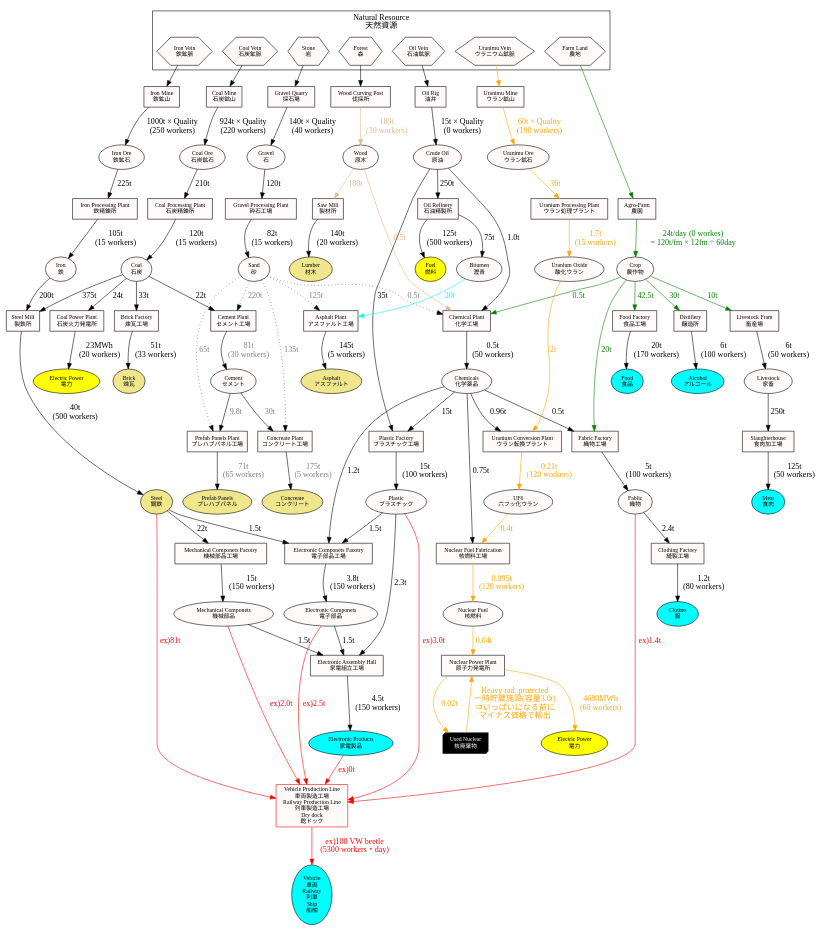
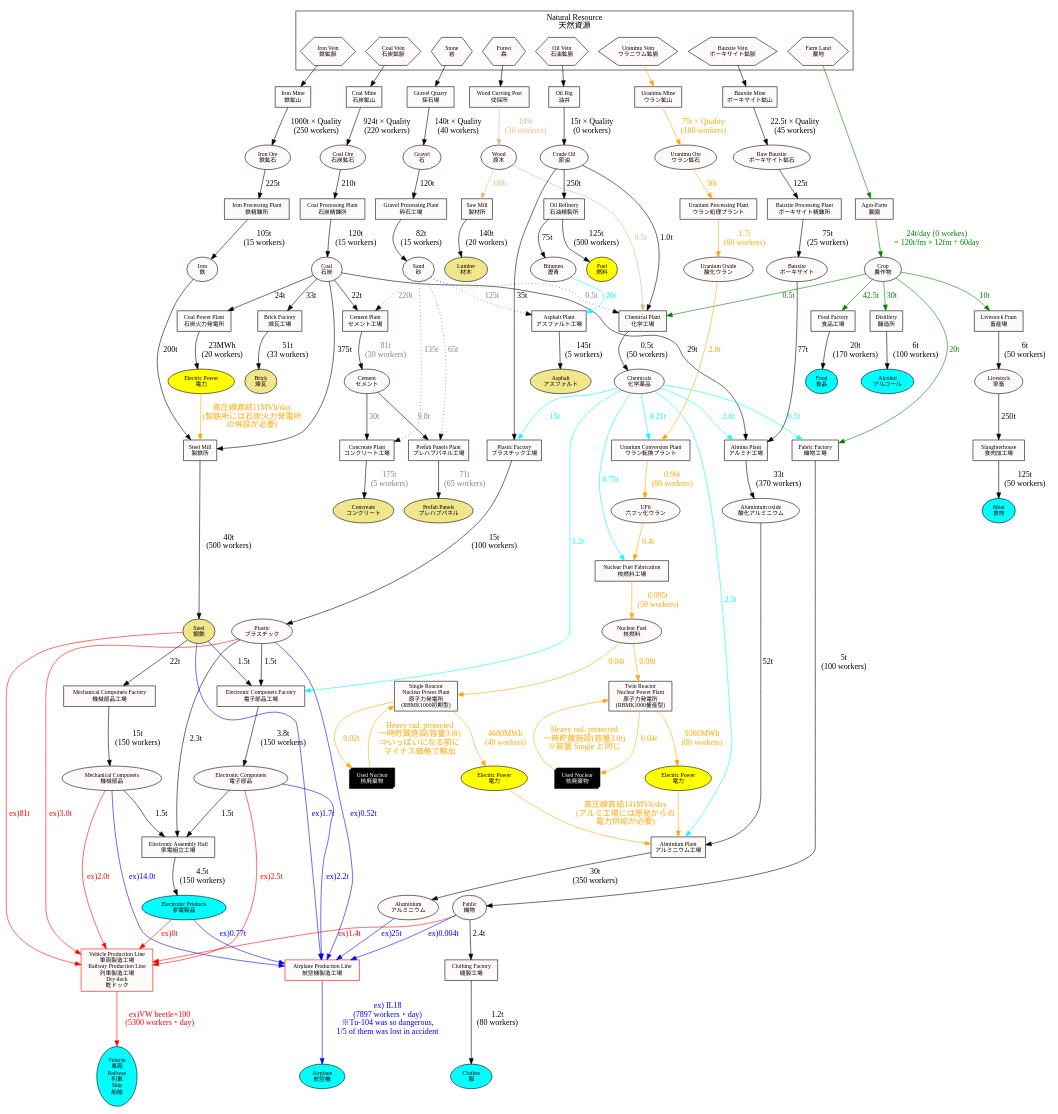
Before and after one commit to kagyuu/W-R_SovietRepublic: the diagram in resource.gv, drawn with Graphviz. The commit also changed 2 other files, not shown here.

Commit message:
Add Aluminium & Aerospace Industry resource tree

```diff
--- a/resource.gv
+++ b/resource.gv
@@ -10,6 +10,7 @@
         oV [label="Oil Vein\n石油鉱脈",shape="hexagon"]
         uV [label="Uranimu Vein\nウラニウム鉱脈",shape="hexagon"]
         farmland [label="Farm Land\n農地",shape="hexagon"]
+        bV [label="Bauxite Vein\nボーキサイト鉱脈",shape="hexagon"]
     }
 
     wc [label="Wood Curving Post\n伐採所", shape="box"]
@@ -93,7 +94,7 @@
 
     plasticP [label="Plastic Factory\nブラスチック工場", shape="box"]
     plastic  [label="Plastic\nブラスチック", shaple="oval"]
-    chem -> plasticP [label="15t"]
+    chem -> plasticP [color="cyan",fontcolor="cyan",label="15t"]
     oil -> plasticP [label="35t"]
     plasticP -> plastic [label="15t\n(100 workers)"]
 
@@ -105,7 +106,7 @@
     elecFactory [label="Electronic Componets Facotry\n電子部品工場", shape="box"]
     elecComponent [label="Electronic Componets\n電子部品", shape="oval"]
 
-    chem -> elecFactory [label="1.2t"]
+    chem -> elecFactory [color="cyan",fontcolor="cyan",label="1.2t"]
     plastic -> elecFactory [label="1.5t"]
     steel -> elecFactory [label="1.5t"]
     elecFactory -> elecComponent [label="3.8t\n(150 workers)"]
@@ -123,7 +124,7 @@
     cF [label="Clothing Factory\n縫製工場", shape="box"]
     clothes [label="Clothes\n服", shape="oval",fillcolor="cyan"]
     crop -> fF [color="green",fontcolor="green",label="20t"]
-    chem -> fF [label="0.5t"] 
+    chem -> fF [color="cyan",fontcolor="cyan",label="0.5t"] 
     fF -> fabric [label="5t\n(100 workers)"]
     fabric -> cF [label="2.4t"] 
     cF -> clothes [label="1.2t\n(80 workers)"]
@@ -185,7 +186,7 @@
         elecProducts -> vehicleP [label="ex)0t"]
         fabric -> vehicleP [label="ex)1.4t"]
         steel -> vehicleP [label="ex)81t"]
-        vehicleP -> vehicle [label="ex)100 VW beetle\n(5300 workers・day)"]
+        vehicleP -> vehicle [label="ex)VW beetle×100\n(5300 workers・day)"]
     }
 
     uM [label="Uranimu Mine\nウラン鉱山",shape="box"]
@@ -196,25 +197,72 @@
     uF6 [label="UF6\n六フッ化ウラン", shape="oval"]
     nFF [label="Nuclear Fuel Fabrication\n核燃料工場",shape="box"]
     nF  [label="Nuclear Fuel\n核燃料",shape="oval"]
-    nPP [label="Nuclear Power Plant\n原子力発電所", shape="box"]
+    nPP1 [label="Single Reactor\nNuclear Power Plant\n原子力発電所\n(RBMK1000初期型)", shape="box"]
     electric2 [label="Electric Power\n電力", shape="oval", fillcolor="yellow"]
-    uNuc [label="Used Nuclear\n核廃棄物", shape="box3d", fontcolor="snow", fillcolor="black"]
+    uNuc1 [label="Used Nuclear\n核廃棄物", shape="box3d", fontcolor="snow", fillcolor="black"]
+    nPP2 [label="Twin Reactor\nNuclear Power Plant\n原子力発電所\n(RBMK1000量産型)", shape="box"]
+    electric3 [label="Electric Power\n電力", shape="oval", fillcolor="yellow"]
+    uNuc2 [label="Used Nuclear\n核廃棄物", shape="box3d", fontcolor="snow", fillcolor="black"]
     {
         edge [color="orange", fontcolor="orange"]
         uV -> uM
-        uM -> uO [label="60t × Quality\n(100 workers)"]
+        uM -> uO [label="75t × Quality\n(100 workers)"]
         uO -> uPP [label="36t"]
-        uPP -> uOx [label="1.7t\n(15 workers)"]
-        uOx -> uCP [label="2t"]
-        uCP -> uF6 [label="0.21t\n(120 workers)"]
+        uPP -> uOx [label="1.7t\n(60 workers)"]
+        uOx -> uCP [label="2.0t"]
+        uCP -> uF6 [label="0.96t\n(80 workers)"]
         uF6 -> nFF [label="0.4t"]
-        nFF -> nF [label="0.095t\n(120 workers)"]
-        nF -> nPP [label="0.04t"]
-        nPP -> electric2  [label="4680MWh\n(60 workers)"]
-        nPP -> uNuc [label="0.02t"]
-        uNuc -> nPP [label="Heavy rad. protected\n一時貯蔵施設(容量3.0t)\n⇒いっぱいになる前に\nマイナス価格で輸出"]
+        nFF -> nF [label="0.095t\n(50 workers)"]
+        nF -> nPP1 [label="0.04t"]
+        nPP1 -> electric2  [label="4680MWh\n(40 workers)"]
+        nPP1 -> uNuc1 [label="0.02t"]
+        uNuc1 -> nPP1 [label="Heavy rad. protected\n一時貯蔵施設(容量3.0t)\n⇒いっぱいになる前に\nマイナス価格で輸出"]
+        nF -> nPP2 [label="0.08t"]
+        nPP2 -> electric3  [label="9360MWh\n(80 workers)"]
+        nPP2 -> uNuc2 [label="0.04t"]
+        uNuc2 -> nPP2 [label="Heavy rad. protected\n一時貯蔵施設(容量3.0t)\n※容量 Single と同じ"]
     }
-    chem -> uCP [label="0.96t"]
-    chem -> nFF [label="0.75t"]
+    chem -> uCP [color="cyan",fontcolor="cyan",label="0.21t"]
+    chem -> nFF [color="cyan",fontcolor="cyan",label="0.75t"]
 
+    bM [label="Bauxite Mine\nボーキサイト鉱山",shape="box"]
+    bO [label="Raw Bauxite\nボーキサイト鉱石",shape="oval"]
+    bP [label="Bauxite Processing Plant\nボーキサイト精錬所",shape="box"]
+    bauxite [label="Bauxite\nボーキサイト", shape="oval"]
+    aluminaP [label="Almina Plant\nアルミナ工場", shape="box"]
+    alumina [label="Aluminium oxide\n酸化アルミニウム", shaple="oval"]
+    aluminiumP [label="Alminium Plant\nアルミニウム工場", shape="box"]
+    aluminium [label="Aluminium\nアルミニウム", shaple="oval"]
+
+    bV -> bM
+    bM -> bO [label="22.5t × Quality\n(45 workers)"]
+    bO -> bP [label="125t"]
+    bP -> bauxite [label="75t\n(25 workers)"]
+
+    bauxite -> aluminaP [label="77t"]
+    coal -> aluminaP [label="29t"]
+    chem -> aluminaP [color="cyan",fontcolor="cyan",label="2.6t"]
+    aluminaP -> alumina [label="33t\n(370 workers)"]
+    alumina -> aluminiumP [label="52t"]
+    chem -> aluminiumP [color="cyan",fontcolor="cyan",label="2.5t"]
+    aluminiumP -> aluminium [label="30t\n(350 workers)"]
+
+    airplaneP [label="Airplane Production Line\n航空機製造工場", shape="box",color="red"]
+    airplane [label="Airplane\n航空機", shape="oval",fillcolor="cyan"]
+    {
+        edge [color="blue",fontcolor="blue"]
+        plastic -> airplaneP [label="ex)0.52t"]
+        mechComponet -> airplaneP [label="ex)14.0t"]
+        elecComponent -> airplaneP [label="ex)2.2t"]
+        elecProducts -> airplaneP [label="ex)0.77t"]
+        fabric -> airplaneP [label="ex)0.004t"]
+        steel -> airplaneP [label="ex)1.7t"]
+        aluminium -> airplaneP [label="ex)25t"]
+
+        airplaneP -> airplane [label="ex) IL18\n(7897 workers・day)\n ※Tu-104 was so dangerous,\n1/5 of them was lost in accident"]
+    }
+
+    electric -> steelmill [color="orange",fontcolor="orange",label="高圧線直結11MVh/day\n(製鉄所には石炭火力発電所\nの併設が必要)"]
+    electric2 -> aluminiumP [color="orange",fontcolor="orange",label="高圧線直結141MVh/day\n(アルミ工場には原発からの\n電力供給が必要)"]
+    electric3 -> aluminiumP [color="orange",fontcolor="orange"]
 }
```
